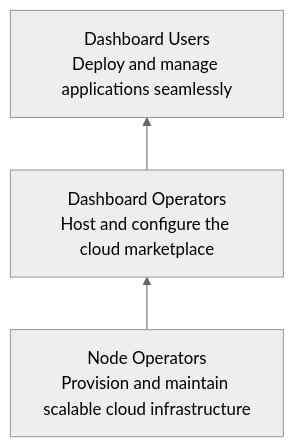
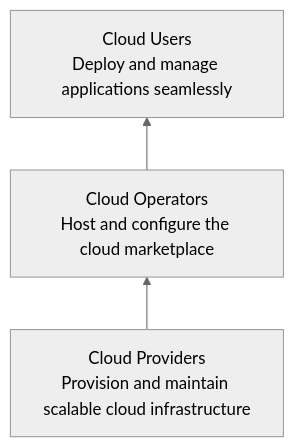
The diagram in frontend/src/docs/ecosystem.md (mik-tf/tfcloud-marketplace), drawn with Mermaid (neutral theme) before and after one commit. The commit also changed other lines of this file and 14 other files, not shown here.

````diff
--- a/frontend/src/docs/ecosystem.md
+++ b/frontend/src/docs/ecosystem.md
@@ -5,7 +5,7 @@
 ```mermaid
 graph BT
-  TN["Node Operators\nProvision and maintain scalable cloud infrastructure"] --> DO["Dashboard Operators\nHost and configure the cloud marketplace"] --> DU["Dashboard Users\nDeploy and manage applications seamlessly"]
-  click TN "/docs/node-operator"
-  click DO "/docs/dashboard-operator"
-  click DU "/docs/dashboard-user"
+  TN["Cloud Providers\nProvision and maintain scalable cloud infrastructure"] --> DO["Cloud Operators\nHost and configure the cloud marketplace"] --> DU["Cloud Users\nDeploy and manage applications seamlessly"]
+  click TN "/docs/cloud-provider"
+  click DO "/docs/cloud-operator"
+  click DU "/docs/cloud-user"
 ```
````
